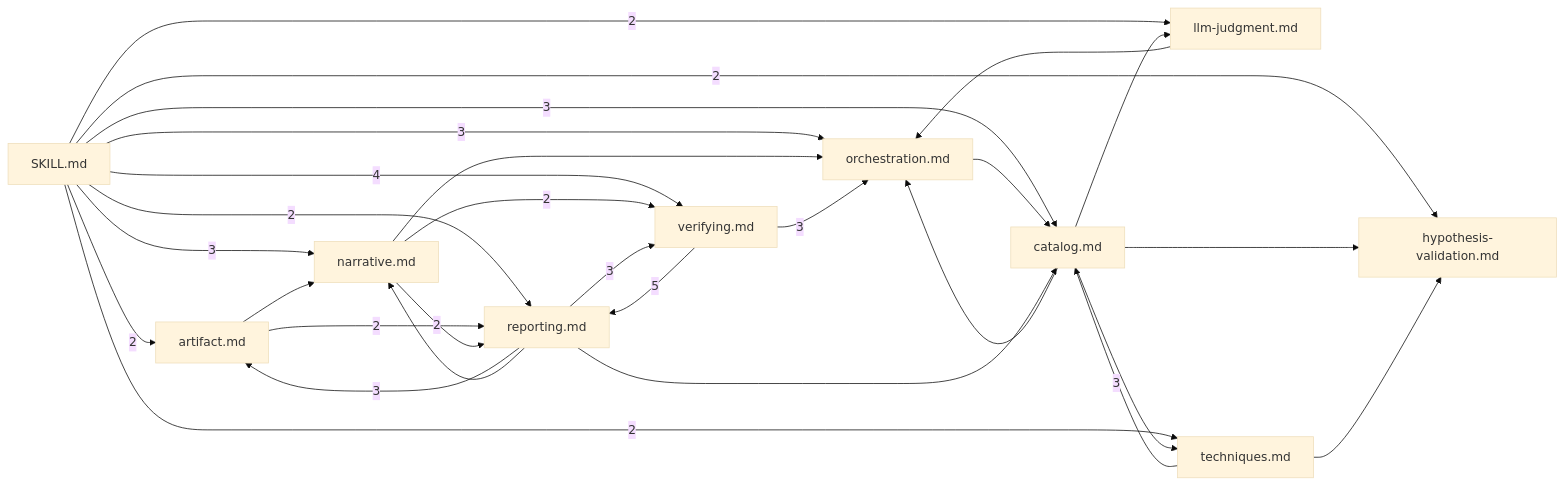
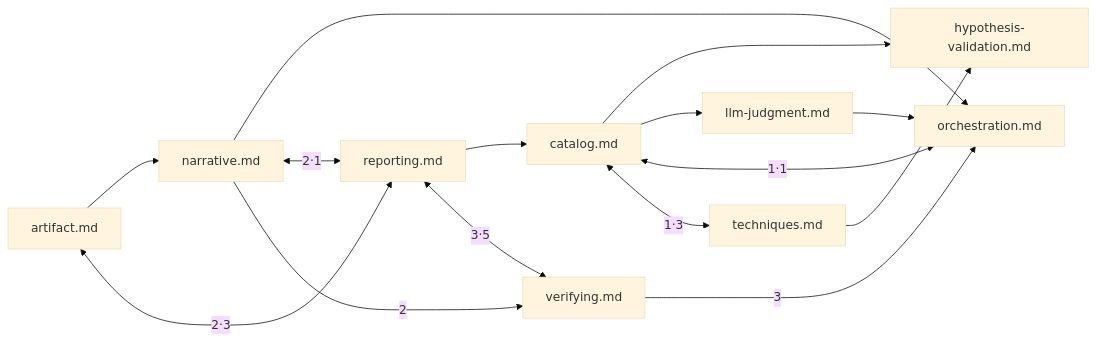
One commit to HojinJava/claude_skill changed the diagram in rag-profiling/_map/문서참조그래프.md. Above: the diagram before and after it, drawn with Mermaid (base theme). The commit also changed other lines of this file and 4 other files, not shown here.

````diff
--- a/rag-profiling/_map/문서참조그래프.md
+++ b/rag-profiling/_map/문서참조그래프.md
@@ -10,41 +14,26 @@
 ```mermaid
 flowchart LR
-  SKILL["SKILL.md"]
   artifact["artifact.md"]
   catalog["catalog.md"]
   hypothesis_validation["hypothesis-validation.md"]
   llm_judgment["llm-judgment.md"]
   narrative["narrative.md"]
   orchestration["orchestration.md"]
   reporting["reporting.md"]
   techniques["techniques.md"]
   verifying["verifying.md"]
-  SKILL -->|2| artifact
-  SKILL -->|3| catalog
-  SKILL -->|2| hypothesis_validation
-  SKILL -->|2| llm_judgment
-  SKILL -->|3| narrative
-  SKILL -->|3| orchestration
-  SKILL -->|2| reporting
-  SKILL -->|2| techniques
-  SKILL -->|4| verifying
   artifact --> narrative
-  artifact -->|2| reporting
+  artifact <-->|2·3| reporting
   catalog --> hypothesis_validation
   catalog --> llm_judgment
-  catalog --> orchestration
-  catalog --> techniques
+  catalog <-->|1·1| orchestration
+  catalog <-->|1·3| techniques
   llm_judgment --> orchestration
   narrative --> orchestration
-  narrative -->|2| reporting
+  narrative <-->|2·1| reporting
   narrative -->|2| verifying
-  orchestration --> catalog
-  reporting -->|3| artifact
   reporting --> catalog
-  reporting --> narrative
-  reporting -->|3| verifying
-  techniques -->|3| catalog
+  reporting <-->|3·5| verifying
   techniques --> hypothesis_validation
   verifying -->|3| orchestration
-  verifying -->|5| reporting
 ```
````
